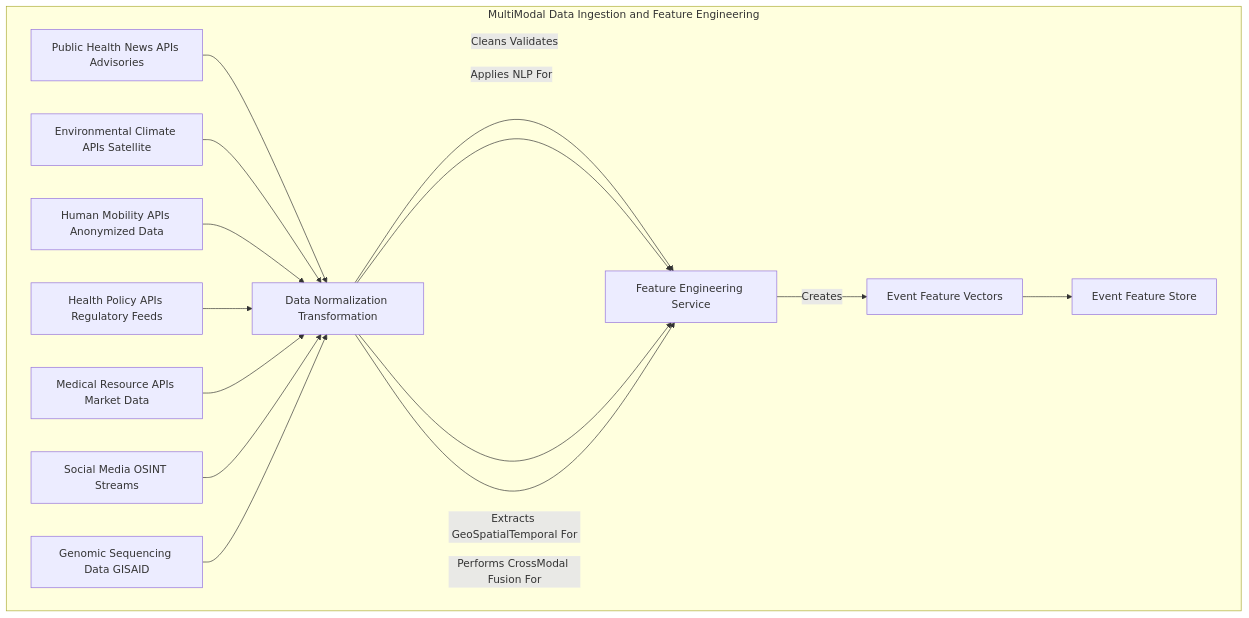
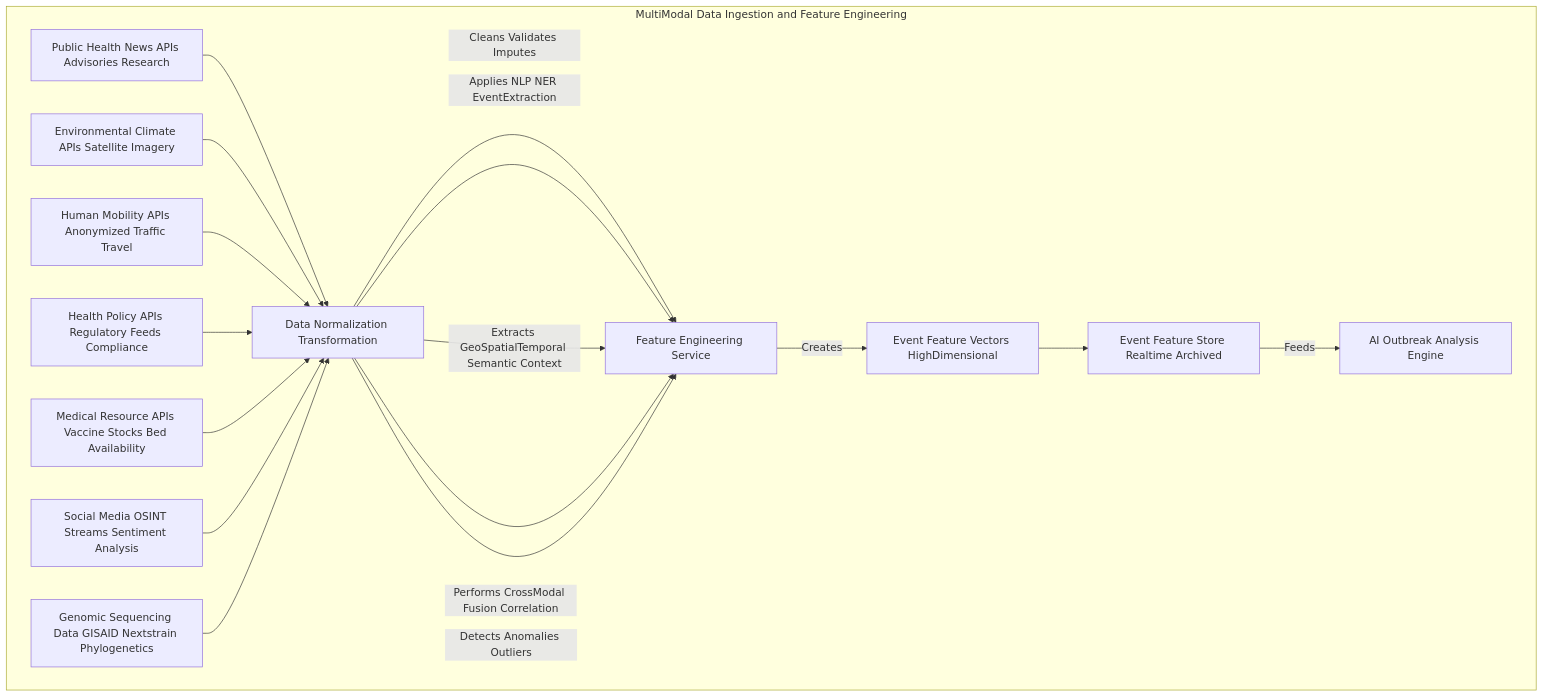
The third of 10 diagrams in inventions/inventions/025_predictive_epidemic_outbreak_modeling.md (diplomat-bit/Citibank_Demo_Business_Inc_Demonstration-), drawn with Mermaid before and after one commit. The commit also changed other lines of this file, not shown here.

Commit message:
[AI] Edit: inventions/inventions/025_predictive_epidemic_outbreak_modeling.md

````diff
--- a/inventions/inventions/025_predictive_epidemic_outbreak_modeling.md
+++ b/inventions/inventions/025_predictive_epidemic_outbreak_modeling.md
@@ -135,20 +146,22 @@
 ```mermaid
 graph TD
     subgraph MultiModal Data Ingestion and Feature Engineering
-        A[Public Health News APIs Advisories] --> DNT[Data Normalization Transformation]
-        B[Environmental Climate APIs Satellite] --> DNT
-        C[Human Mobility APIs Anonymized Data] --> DNT
-        D[Health Policy APIs Regulatory Feeds] --> DNT
-        E[Medical Resource APIs Market Data] --> DNT
-        S[Social Media OSINT Streams] --> DNT
-        G[Genomic Sequencing Data GISAID] --> DNT
+        A[Public Health News APIs Advisories Research] --> DNT[Data Normalization Transformation]
+        B[Environmental Climate APIs Satellite Imagery] --> DNT
+        C[Human Mobility APIs Anonymized Traffic Travel] --> DNT
+        D[Health Policy APIs Regulatory Feeds Compliance] --> DNT
+        E[Medical Resource APIs Vaccine Stocks Bed Availability] --> DNT
+        S[Social Media OSINT Streams Sentiment Analysis] --> DNT
+        G[Genomic Sequencing Data GISAID Nextstrain Phylogenetics] --> DNT
 
-        DNT -- Cleans Validates --> FE[Feature Engineering Service]
-        DNT -- Applies NLP For --> FE
-        DNT -- Extracts GeoSpatialTemporal For --> FE
-        DNT -- Performs CrossModal Fusion For --> FE
+        DNT -- Cleans Validates Imputes --> FE[Feature Engineering Service]
+        DNT -- Applies NLP NER EventExtraction --> FE
+        DNT -- Extracts GeoSpatialTemporal Semantic Context --> FE
+        DNT -- Performs CrossModal Fusion Correlation --> FE
+        DNT -- Detects Anomalies Outliers --> FE
 
-        FE -- Creates --> EFV[Event Feature Vectors]
-        EFV --> EFS[Event Feature Store]
+        FE -- Creates --> EFV[Event Feature Vectors HighDimensional]
+        EFV --> EFS[Event Feature Store Realtime Archived]
+        EFS -- Feeds --> AICore[AI Outbreak Analysis Engine]
     end
 ```
````
